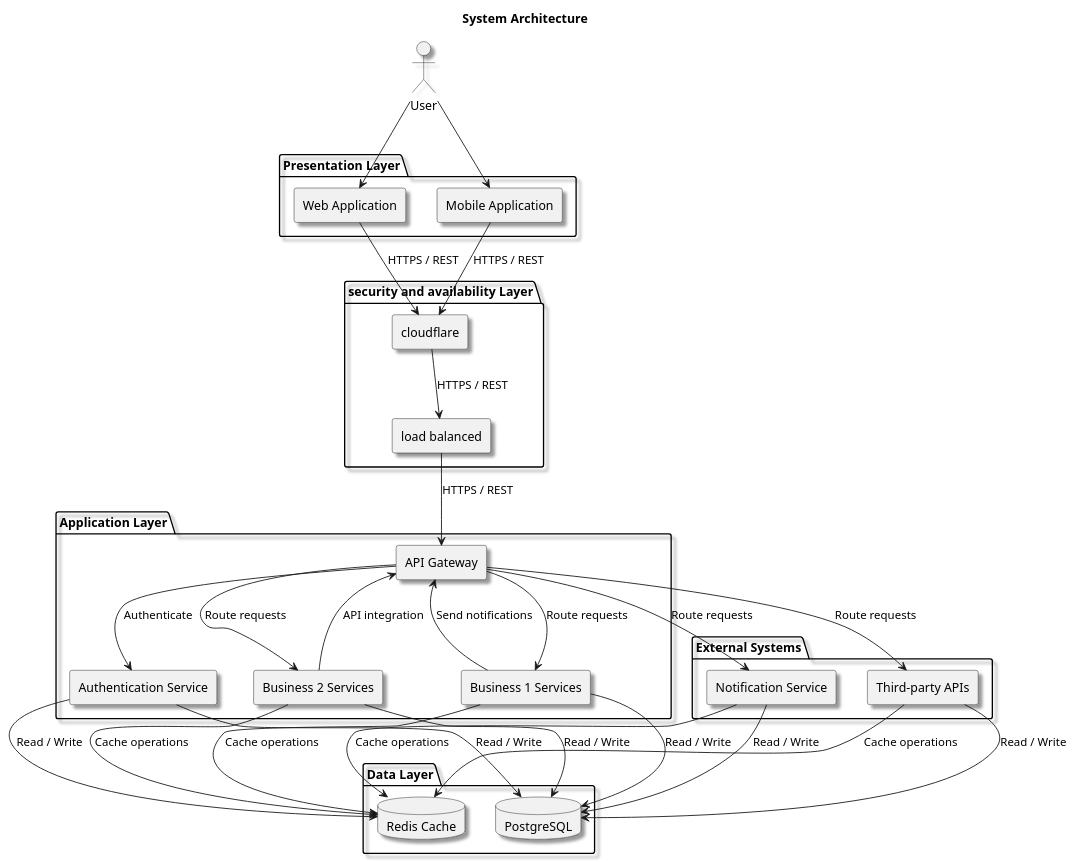
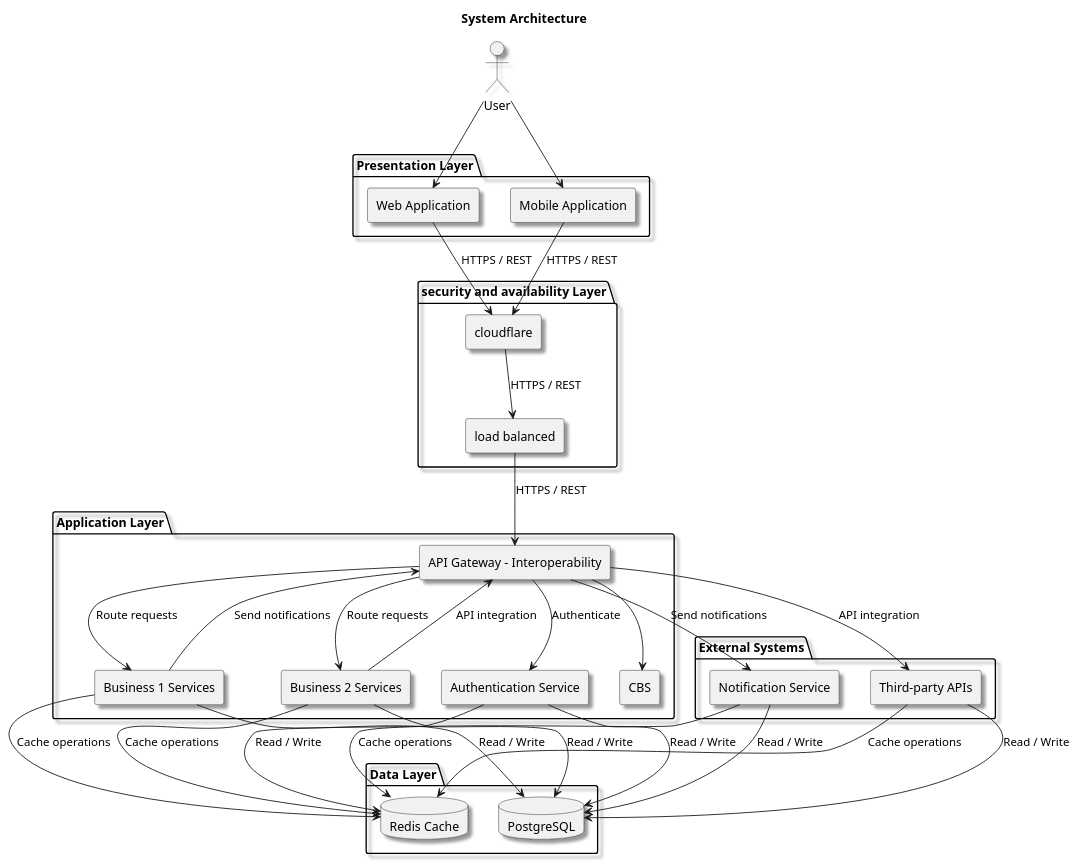
The diagram in docs/release.puml (sovannotychea/ori-test), drawn with PlantUML before and after one commit. The commit also changed 1 other file, not shown here.

```diff
--- a/docs/release.puml
+++ b/docs/release.puml
@@ -1,60 +1,62 @@
 @startuml
 title System Architecture
 
 skinparam componentStyle rectangle
 skinparam shadowing true
 
 actor User
 
 package "Presentation Layer" {
     [Web Application] as Web
     [Mobile Application] as Mobile
 }
 package "security and availability Layer" {
     [cloudflare] as cloudflare
     [load balanced] as loadbalanced
 }
 
 package "Application Layer" {
-    [API Gateway] as Gateway
+    [API Gateway - Interoperability] as Gateway
     [Authentication Service] as Auth
     [Business 1 Services] as Services1
     [Business 2 Services] as Services2
+    [CBS] as cbs
 }
 
 package "Data Layer" {
     database "PostgreSQL" as DB
     database "Redis Cache" as Redis
 }
 
 package "External Systems" {
     [Notification Service] as Notify
     [Third-party APIs] as External
 }
 
 User --> Web
 User --> Mobile
 
 Web --> cloudflare : HTTPS / REST
 Mobile --> cloudflare : HTTPS / REST
 cloudflare --> loadbalanced : HTTPS / REST
 loadbalanced --> Gateway : HTTPS / REST
 Gateway --> Auth : Authenticate
 Gateway --> Services1 : Route requests
 Gateway --> Services2 : Route requests
-Gateway --> Notify : Route requests
-Gateway --> External : Route requests
+Gateway --> cbs
+Gateway --> Notify : Send notifications
+Gateway --> External : API integration
 Auth --> DB : Read / Write
 Auth --> Redis : Read / Write
 Services1 --> DB : Read / Write
 Services2 --> DB : Read / Write
 Services1 --> Redis : Cache operations
 Services2 --> Redis : Cache operations
 Services1 --> Gateway : Send notifications
 Services2 --> Gateway : API integration
 Notify --> Redis : Cache operations
 External --> Redis : Cache operations
 Notify --> DB : Read / Write
 External --> DB : Read / Write
 
 @enduml
```
